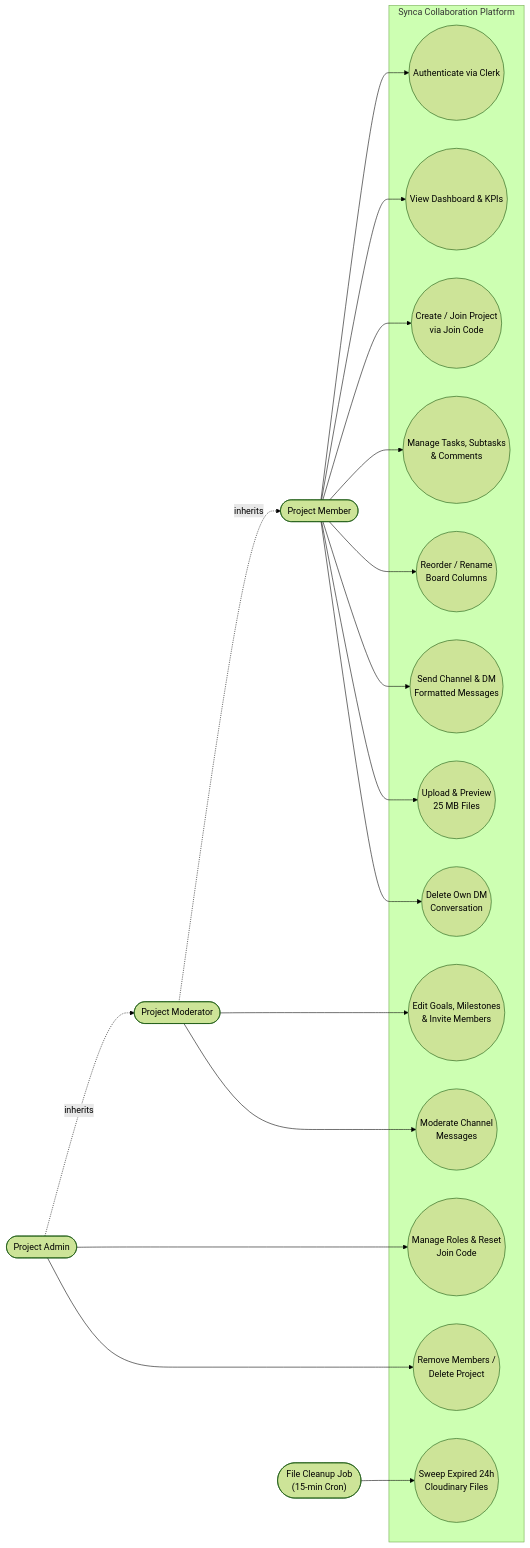
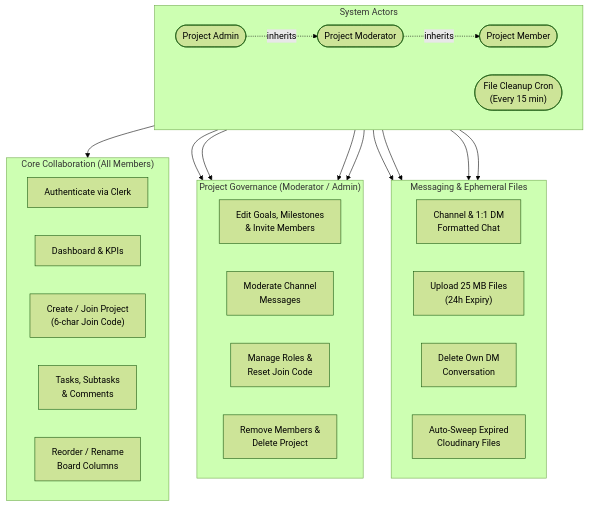
One commit to saqib147/SYNCA changed the fourth of 10 diagrams in docs/fyp-report/02-Chapter-2-Design-and-Architecture.md. Above: the diagram before and after it, drawn with Mermaid (forest theme). The commit also changed other lines of this file and 1 other file, not shown here.

````diff
--- a/docs/fyp-report/02-Chapter-2-Design-and-Architecture.md
+++ b/docs/fyp-report/02-Chapter-2-Design-and-Architecture.md
@@ -329,42 +329,47 @@
 ```mermaid
-flowchart LR
-    Member(["Project Member"])
-    Mod(["Project Moderator"])
-    Admin(["Project Admin"])
-    Scheduler(["File Cleanup Job\n(15-min Cron)"])
-
-    subgraph SyncaSystem["Synca Collaboration Platform"]
-        UC1(("Authenticate via Clerk"))
-        UC2(("View Dashboard & KPIs"))
-        UC3(("Create / Join Project\nvia Join Code"))
-        UC4(("Manage Tasks, Subtasks\n& Comments"))
-        UC5(("Reorder / Rename\nBoard Columns"))
-        UC6(("Send Channel & DM\nFormatted Messages"))
-        UC7(("Upload & Preview\n25 MB Files"))
-        UC8(("Delete Own DM\nConversation"))
-        UC9(("Edit Goals, Milestones\n& Invite Members"))
-        UC10(("Moderate Channel\nMessages"))
-        UC11(("Manage Roles & Reset\nJoin Code"))
-        UC12(("Remove Members /\nDelete Project"))
-        UC13(("Sweep Expired 24h\nCloudinary Files"))
+flowchart TB
+    subgraph Actors["System Actors"]
+        direction LR
+        Member(["Project Member"])
+        Mod(["Project Moderator"])
+        Admin(["Project Admin"])
+        Scheduler(["File Cleanup Cron\n(Every 15 min)"])
+        Admin -. "inherits" .-> Mod
+        Mod -. "inherits" .-> Member
     end
 
-    Member --> UC1
-    Member --> UC2
-    Member --> UC3
-    Member --> UC4
-    Member --> UC5
+    subgraph CoreUC["Core Collaboration (All Members)"]
+        direction LR
+        UC1["Authenticate via Clerk"]
+        UC2["Dashboard & KPIs"]
+        UC3["Create / Join Project\n(6-char Join Code)"]
+        UC4["Tasks, Subtasks\n& Comments"]
+        UC5["Reorder / Rename\nBoard Columns"]
+    end
+
+    subgraph ChatUC["Messaging & Ephemeral Files"]
+        direction LR
+        UC6["Channel & 1:1 DM\nFormatted Chat"]
+        UC7["Upload 25 MB Files\n(24h Expiry)"]
+        UC8["Delete Own DM\nConversation"]
+        UC13["Auto-Sweep Expired\nCloudinary Files"]
+    end
+
+    subgraph GovUC["Project Governance (Moderator / Admin)"]
+        direction LR
+        UC9["Edit Goals, Milestones\n& Invite Members"]
+        UC10["Moderate Channel\nMessages"]
+        UC11["Manage Roles &\nReset Join Code"]
+        UC12["Remove Members &\nDelete Project"]
+    end
+
+    Member --> CoreUC
     Member --> UC6
     Member --> UC7
     Member --> UC8
-
-    Mod -. "inherits" .-> Member
     Mod --> UC9
     Mod --> UC10
-
-    Admin -. "inherits" .-> Mod
     Admin --> UC11
     Admin --> UC12
-
     Scheduler --> UC13
 ```
````
